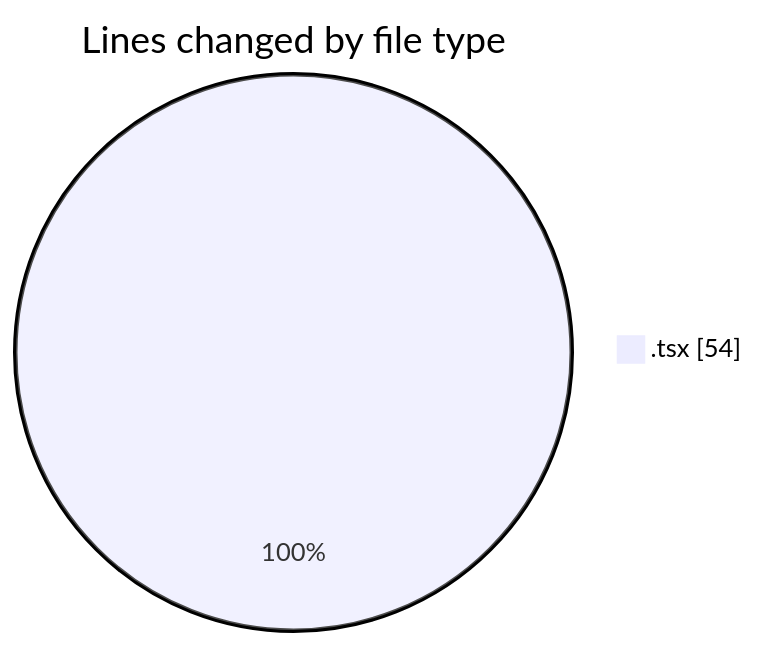
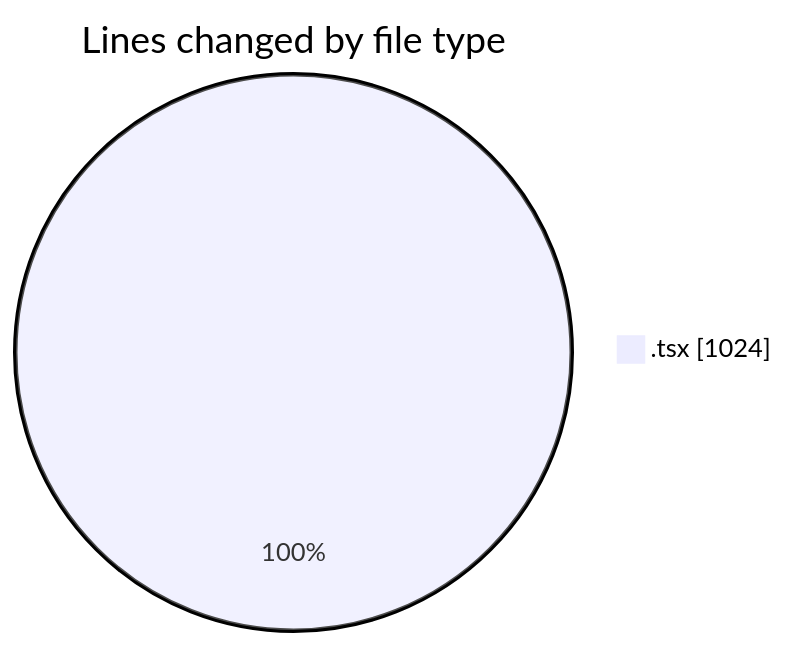
The first of 2 diagrams in 2025-11-20/cda/README.md (momahboobian/code-tracking), drawn with Mermaid before and after one commit. The commit also changed other lines of this file and 1 other file, not shown here.

````diff
--- a/2025-11-20/cda/README.md
+++ b/2025-11-20/cda/README.md
@@ -20,5 +21,5 @@
 ```mermaid
 pie showData
 title Lines changed by file type
-".tsx" : 54
+".tsx" : 1024
 ```
````
